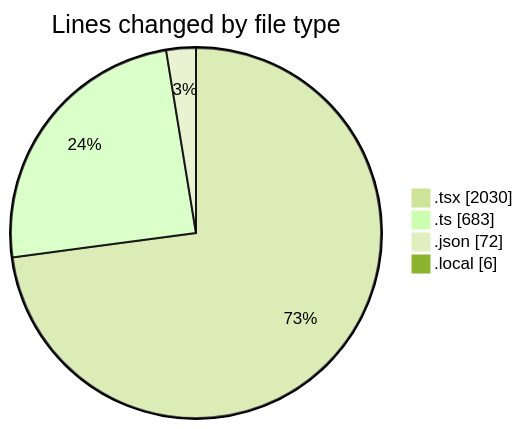
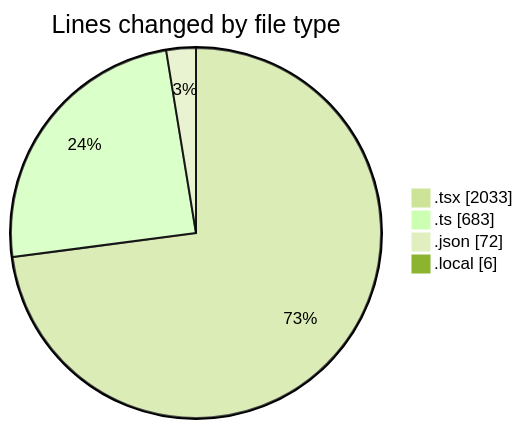
One commit to julien-gomy/code-tracking changed the first of 2 diagrams in 2025-10-21/eventscop-frontend-guide__workspace_/README.md. Above: the diagram before and after it, drawn with Mermaid (forest theme). The commit also changed other lines of this file and 1 other file, not shown here.

````diff
--- a/2025-10-21/eventscop-frontend-guide__workspace_/README.md
+++ b/2025-10-21/eventscop-frontend-guide__workspace_/README.md
@@ -52,8 +52,8 @@
 ```mermaid
 pie showData
 title Lines changed by file type
-".tsx" : 2030
+".tsx" : 2033
 ".ts" : 683
 ".json" : 72
 ".local" : 6
 ```
````
